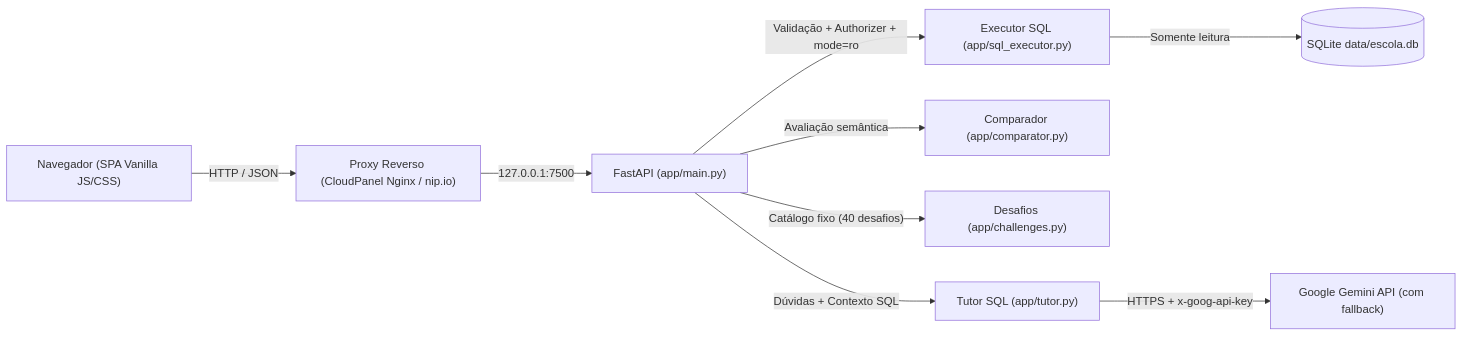
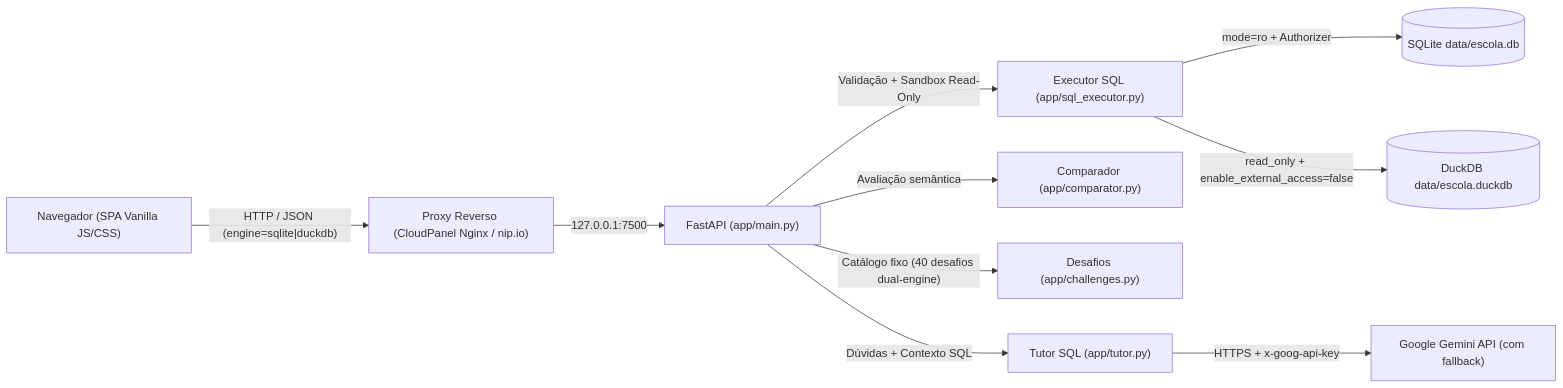
The first of 2 diagrams in docs/DOCUMENTACAO.md (AndrCapela/ProjetoSQL), drawn with Mermaid before and after one commit. The commit also changed other lines of this file and 19 other files, not shown here.

````diff
--- a/docs/DOCUMENTACAO.md
+++ b/docs/DOCUMENTACAO.md
@@ -9,11 +9,12 @@
 ```mermaid
 flowchart LR
-    U["Navegador (SPA Vanilla JS/CSS)"] -->|"HTTP / JSON"| P["Proxy Reverso (CloudPanel Nginx / nip.io)"]
+    U["Navegador (SPA Vanilla JS/CSS)"] -->|"HTTP / JSON (engine=sqlite|duckdb)"| P["Proxy Reverso (CloudPanel Nginx / nip.io)"]
     P -->|"127.0.0.1:7500"| F["FastAPI (app/main.py)"]
-    F -->|"Validação + Authorizer + mode=ro"| E["Executor SQL (app/sql_executor.py)"]
-    E -->|"Somente leitura"| DB[("SQLite data/escola.db")]
+    F -->|"Validação + Sandbox Read-Only"| E["Executor SQL (app/sql_executor.py)"]
+    E -->|"mode=ro + Authorizer"| DB1[("SQLite data/escola.db")]
+    E -->|"read_only + enable_external_access=false"| DB2[("DuckDB data/escola.duckdb")]
     F -->|"Avaliação semântica"| C["Comparador (app/comparator.py)"]
-    F -->|"Catálogo fixo (40 desafios)"| CH["Desafios (app/challenges.py)"]
+    F -->|"Catálogo fixo (40 desafios dual-engine)"| CH["Desafios (app/challenges.py)"]
     F -->|"Dúvidas + Contexto SQL"| T["Tutor SQL (app/tutor.py)"]
     T -->|"HTTPS + x-goog-api-key"| G["Google Gemini API (com fallback)"]
 ```
````
